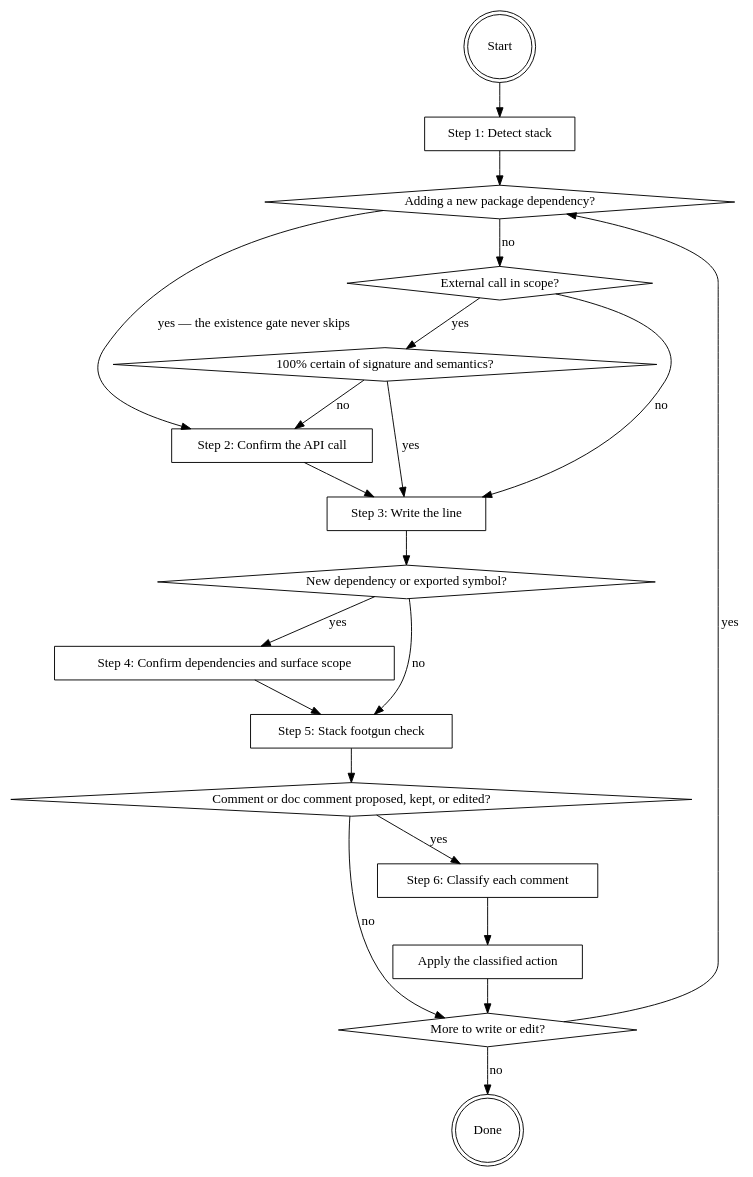
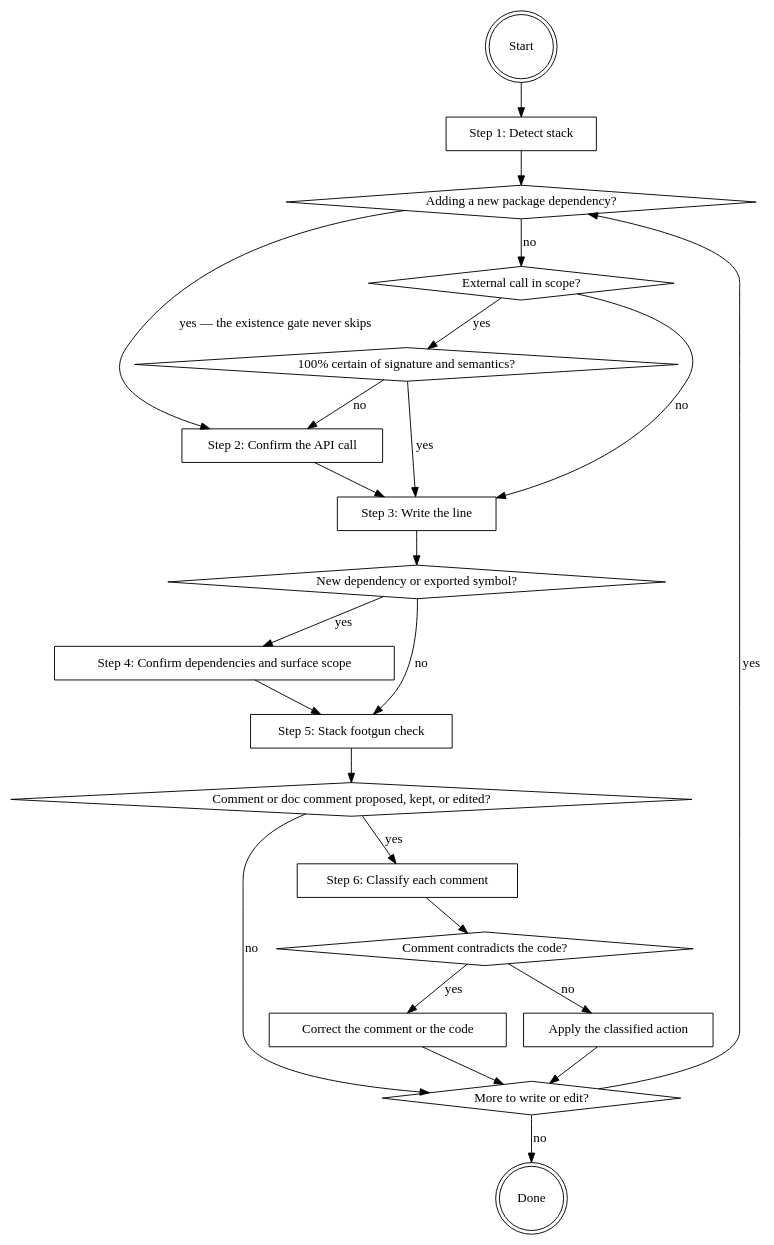
The diagram in plugins/software-writer/skills/writing-code/SKILL.md (it-bens/ai-tools), drawn with Graphviz before and after one commit. The commit also changed other lines of this file and 37 other files, not shown here.

````diff
--- a/plugins/software-writer/skills/writing-code/SKILL.md
+++ b/plugins/software-writer/skills/writing-code/SKILL.md
@@ -20,38 +20,44 @@
 ```dot
 digraph writing_code {
     "Start" [shape=doublecircle];
     "Step 1: Detect stack" [shape=box];
     "Adding a new package dependency?" [shape=diamond];
     "External call in scope?" [shape=diamond];
     "100% certain of signature and semantics?" [shape=diamond];
     "Step 2: Confirm the API call" [shape=box];
     "Step 3: Write the line" [shape=box];
     "New dependency or exported symbol?" [shape=diamond];
     "Step 4: Confirm dependencies and surface scope" [shape=box];
     "Step 5: Stack footgun check" [shape=box];
     "Comment or doc comment proposed, kept, or edited?" [shape=diamond];
     "Step 6: Classify each comment" [shape=box];
+    "Comment contradicts the code?" [shape=diamond];
+    "Correct the comment or the code" [shape=box];
     "Apply the classified action" [shape=box];
     "More to write or edit?" [shape=diamond];
     "Done" [shape=doublecircle];
 
     "Start" -> "Step 1: Detect stack" -> "Adding a new package dependency?";
     "Adding a new package dependency?" -> "Step 2: Confirm the API call" [label="yes — the existence gate never skips"];
     "Adding a new package dependency?" -> "External call in scope?" [label="no"];
     "External call in scope?" -> "100% certain of signature and semantics?" [label="yes"];
     "External call in scope?" -> "Step 3: Write the line" [label="no"];
     "100% certain of signature and semantics?" -> "Step 3: Write the line" [label="yes"];
     "100% certain of signature and semantics?" -> "Step 2: Confirm the API call" [label="no"];
     "Step 2: Confirm the API call" -> "Step 3: Write the line";
     "Step 3: Write the line" -> "New dependency or exported symbol?";
     "New dependency or exported symbol?" -> "Step 4: Confirm dependencies and surface scope" [label="yes"];
     "New dependency or exported symbol?" -> "Step 5: Stack footgun check" [label="no"];
     "Step 4: Confirm dependencies and surface scope" -> "Step 5: Stack footgun check";
     "Step 5: Stack footgun check" -> "Comment or doc comment proposed, kept, or edited?";
     "Comment or doc comment proposed, kept, or edited?" -> "Step 6: Classify each comment" [label="yes"];
     "Comment or doc comment proposed, kept, or edited?" -> "More to write or edit?" [label="no"];
-    "Step 6: Classify each comment" -> "Apply the classified action" -> "More to write or edit?";
+    "Step 6: Classify each comment" -> "Comment contradicts the code?";
+    "Comment contradicts the code?" -> "Correct the comment or the code" [label="yes"];
+    "Comment contradicts the code?" -> "Apply the classified action" [label="no"];
+    "Correct the comment or the code" -> "More to write or edit?";
+    "Apply the classified action" -> "More to write or edit?";
     "More to write or edit?" -> "Adding a new package dependency?" [label="yes"];
     "More to write or edit?" -> "Done" [label="no"];
 }
 ```
````
